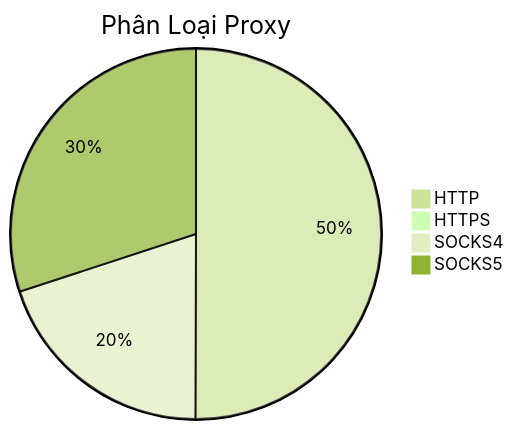
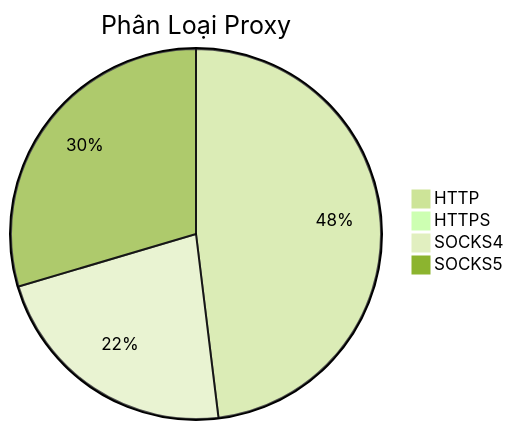
One commit to Ciara-12/PROXY-free changed the diagram in README.md. Above: the diagram before and after it, drawn with Mermaid (forest theme). The commit also changed other lines of this file and 4 other files, not shown here.

````diff
--- a/README.md
+++ b/README.md
@@ -26,7 +26,7 @@
 ```mermaid
 pie title Phân Loại Proxy
-    "HTTP" : 540
-    "HTTPS" : 0
-    "SOCKS4" : 215
-    "SOCKS5" : 324
+    "HTTP" : 533
+    "HTTPS" : 2
+    "SOCKS4" : 248
+    "SOCKS5" : 328
 ```
````
